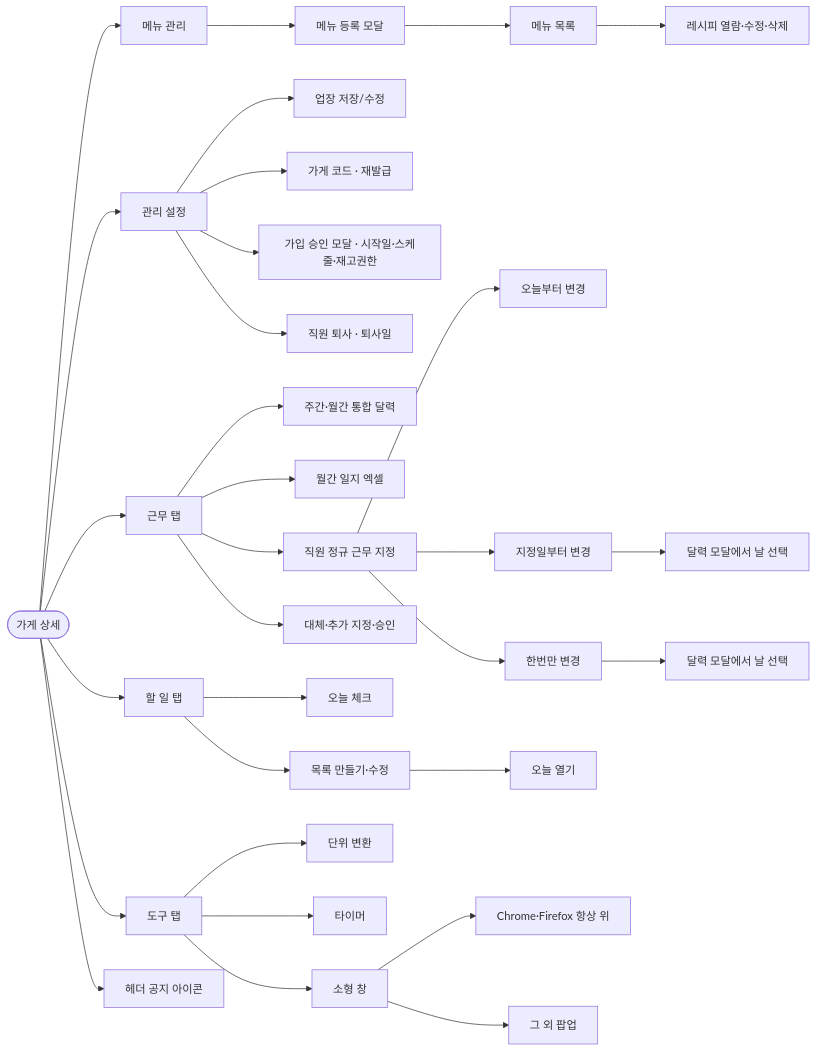
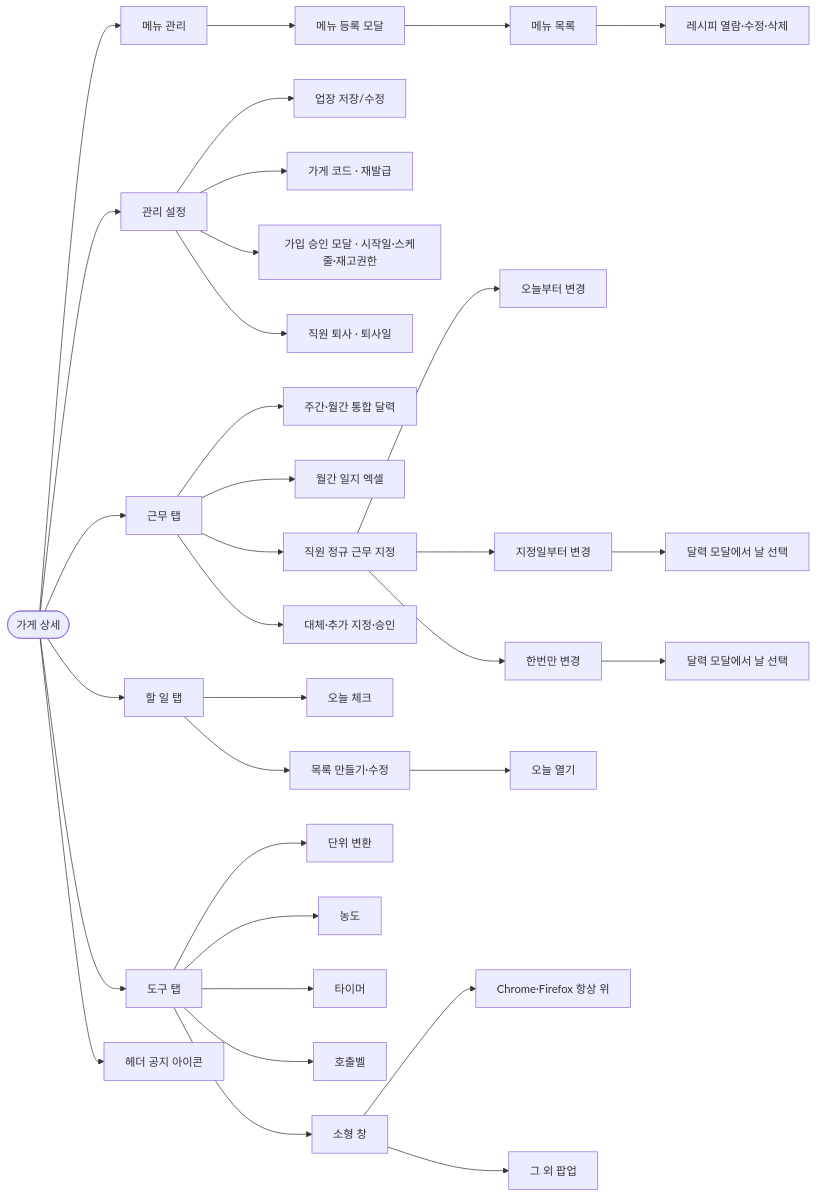
One commit to ohdeg/PBB changed the tenth of 28 diagrams in docs/PBB-유저-흐름도.md. Above: the diagram before and after it, drawn with Mermaid. The commit also changed other lines of this file and 20 other files, not shown here.

````diff
--- a/docs/PBB-유저-흐름도.md
+++ b/docs/PBB-유저-흐름도.md
@@ -245,33 +245,35 @@
 ```mermaid
 flowchart LR
     store([가게 상세]) --> menus[메뉴 관리]
     menus --> addMenu[메뉴 등록 모달]
     addMenu --> menuList[메뉴 목록]
     menuList --> recipeEdit[레시피 열람·수정·삭제]
     store --> settings[관리 설정]
     settings --> saveStore[업장 저장/수정]
     settings --> inviteCode[가게 코드 · 재발급]
     settings --> joins[가입 승인 모달 · 시작일·스케줄·재고권한]
     settings --> resign[직원 퇴사 · 퇴사일]
     store --> schedule[근무 탭]
     schedule --> calendar[주간·월간 통합 달력]
     schedule --> journalXlsx[월간 일지 엑셀]
     schedule --> assign[직원 정규 근무 지정]
     assign --> fromToday[오늘부터 변경]
     assign --> fromDate[지정일부터 변경]
     fromDate --> pickDate[달력 모달에서 날 선택]
     assign --> once[한번만 변경]
     once --> pickOnce[달력 모달에서 날 선택]
     schedule --> cover[대체·추가 지정·승인]
     store --> checklists[할 일 탭]
     checklists --> todayList[오늘 체크]
     checklists --> templates[목록 만들기·수정]
     templates --> openToday[오늘 열기]
     store --> tools[도구 탭]
     store --> notice[헤더 공지 아이콘]
     tools --> units[단위 변환]
+    tools --> concentration[농도]
     tools --> timers[타이머]
+    tools --> callbell[호출벨]
     tools --> compact[소형 창]
     compact --> pip[Chrome·Firefox 항상 위]
     compact --> pop[그 외 팝업]
 ```
````
